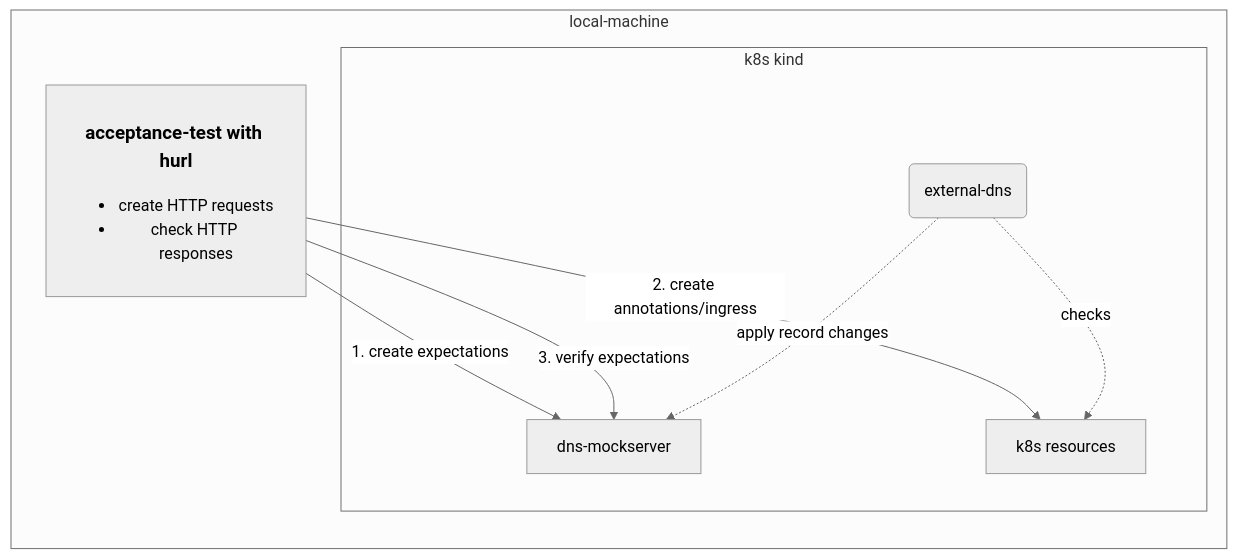
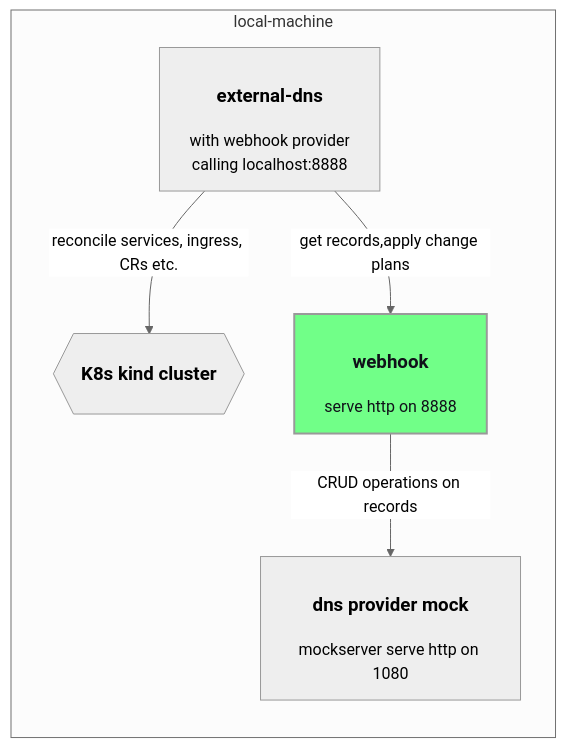
One commit to ionos-cloud/external-dns-ionos-webhook changed the diagram in README.md. Above: the diagram before and after it, drawn with Mermaid (neutral theme). The commit also changed other lines of this file and 9 other files, not shown here.

````diff
--- a/README.md
+++ b/README.md
@@ -160,14 +129,15 @@
 ```mermaid
 flowchart LR
 subgraph local-machine
-  T[<h3>acceptance-test with hurl</h3><ul><li>create HTTP requests</li><li>check HTTP responses</li></ul>] -- 1. create expectations --> M
-  T -- 2. create annotations/ingress --> K
-  T -- 3. verify expectations --> M
+  T[<h3>external-dns</h3>with webhook provider<br>calling localhost:8888]
+  T -- reconcile services, ingress, CRs etc. --> K
+  T -- get records,apply change plans --> W
+  K{{<h3>K8s kind cluster</h3> }}
+  W[<h3>webhook</h3>serve http on 8888 ]
+  style W fill:#71FF88,color:#101119,stroke-width:2px
+  M[<h3>dns provider mock</h3>mockserver serve http on 1080]
+  W -- CRUD operations on records --> M
 
-  subgraph k8s kind
-    E("external-dns") -. checks .-> K[k8s resources]
-    E -. apply record changes .-> M[dns-mockserver]
-  end
 end
 
 ```
````
